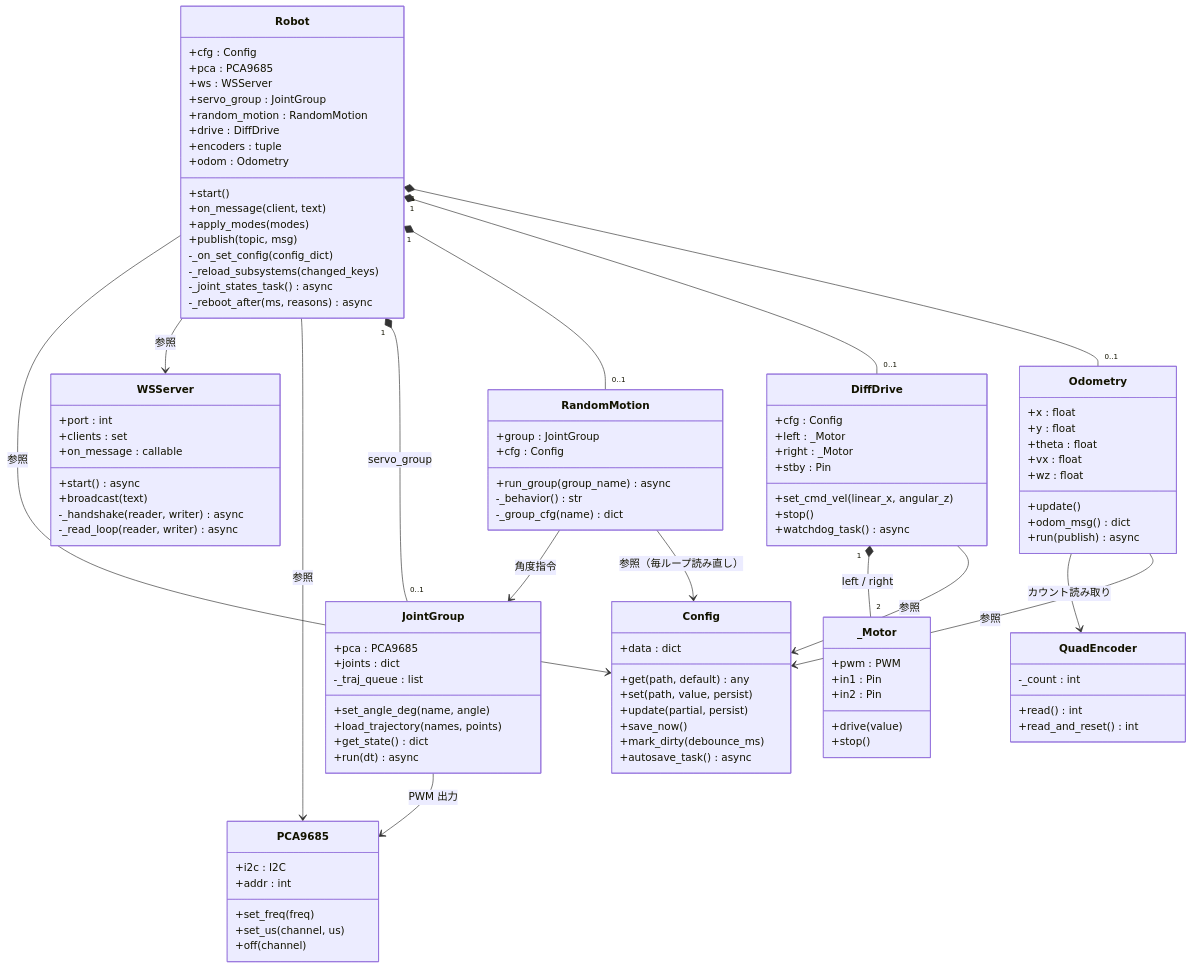
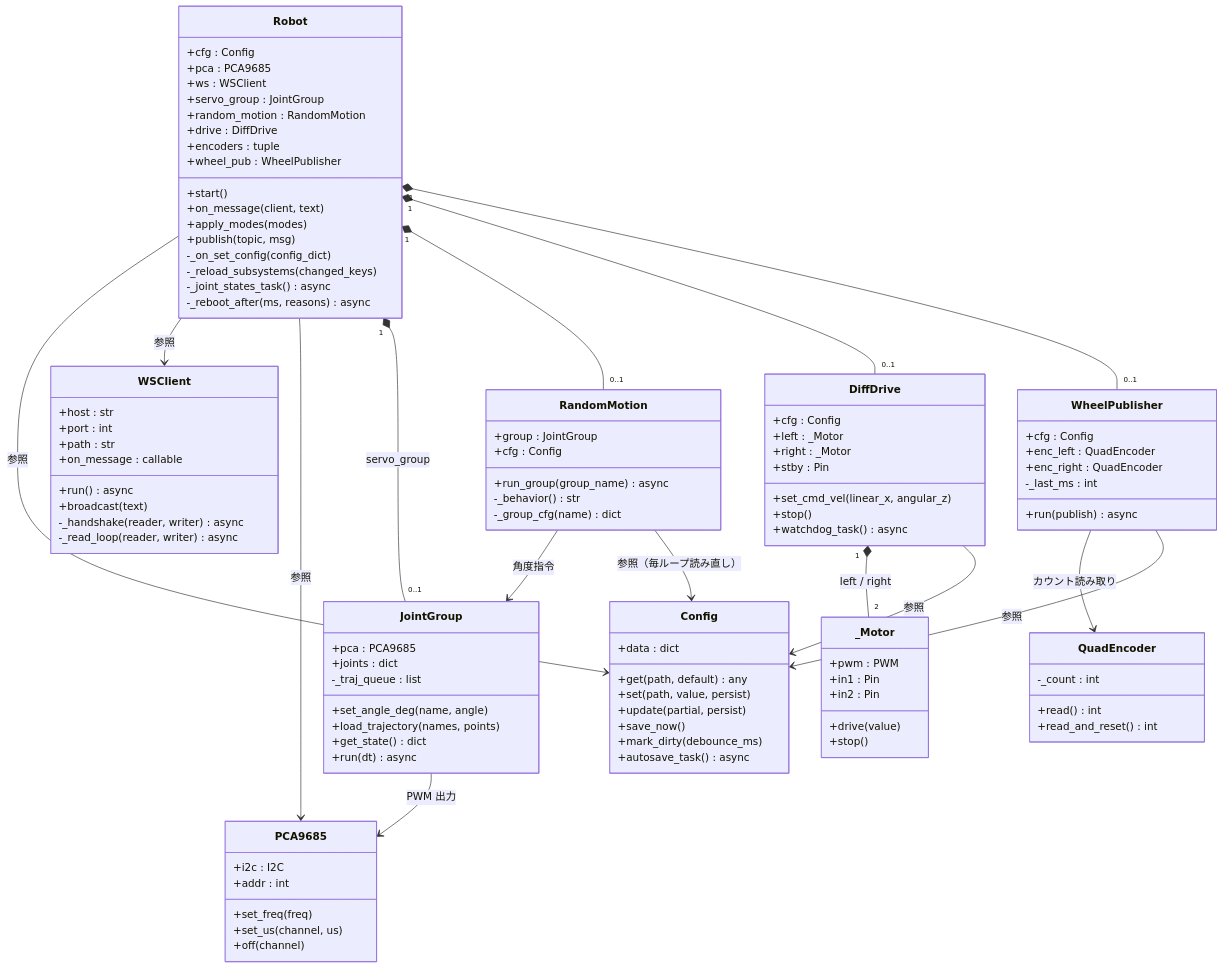
One commit to smabo-smartphone-robot/smabo-smartphone-robot.github.io changed the first of 14 diagrams in docs/architecture/design.md. Above: the diagram before and after it, drawn with Mermaid. The commit also changed other lines of this file and 5 other files, not shown here.

````diff
--- a/docs/architecture/design.md
+++ b/docs/architecture/design.md
@@ -75,11 +76,12 @@
         +autosave_task() async
     }
 
-    class WSServer {
+    class WSClient {
+        +host : str
         +port : int
-        +clients : set
+        +path : str
         +on_message : callable
-        +start() async
+        +run() async
         +broadcast(text)
         -_handshake(reader, writer) async
         -_read_loop(reader, writer) async
@@ -88,12 +90,12 @@
     class Robot {
         +cfg : Config
         +pca : PCA9685
-        +ws  : WSServer
+        +ws  : WSClient
         +servo_group   : JointGroup
         +random_motion : RandomMotion
-        +drive    : DiffDrive
-        +encoders : tuple
-        +odom     : Odometry
+        +drive     : DiffDrive
+        +encoders  : tuple
+        +wheel_pub : WheelPublisher
         +start()
         +on_message(client, text)
         +apply_modes(modes)
@@ -154,29 +156,26 @@
         +read_and_reset() int
     }
 
-    class Odometry {
-        +x     : float
-        +y     : float
-        +theta : float
-        +vx    : float
-        +wz    : float
-        +update()
-        +odom_msg() dict
+    class WheelPublisher {
+        +cfg       : Config
+        +enc_left  : QuadEncoder
+        +enc_right : QuadEncoder
+        -_last_ms  : int
         +run(publish) async
     }
 
     Robot --> Config         : 参照
-    Robot --> WSServer       : 参照
+    Robot --> WSClient       : 参照
     Robot --> PCA9685        : 参照
     Robot "1" *-- "0..1" JointGroup   : servo_group
     Robot "1" *-- "0..1" RandomMotion
     Robot "1" *-- "0..1" DiffDrive
-    Robot "1" *-- "0..1" Odometry
+    Robot "1" *-- "0..1" WheelPublisher
     JointGroup   --> PCA9685    : PWM 出力
     RandomMotion --> JointGroup : 角度指令
     RandomMotion --> Config     : 参照（毎ループ読み直し）
     DiffDrive "1" *-- "2" _Motor : left / right
-    Odometry --> QuadEncoder    : カウント読み取り
-    Odometry --> Config         : 参照
+    WheelPublisher --> QuadEncoder : カウント読み取り
+    WheelPublisher --> Config      : 参照
     DiffDrive --> Config        : 参照
 ```
````
